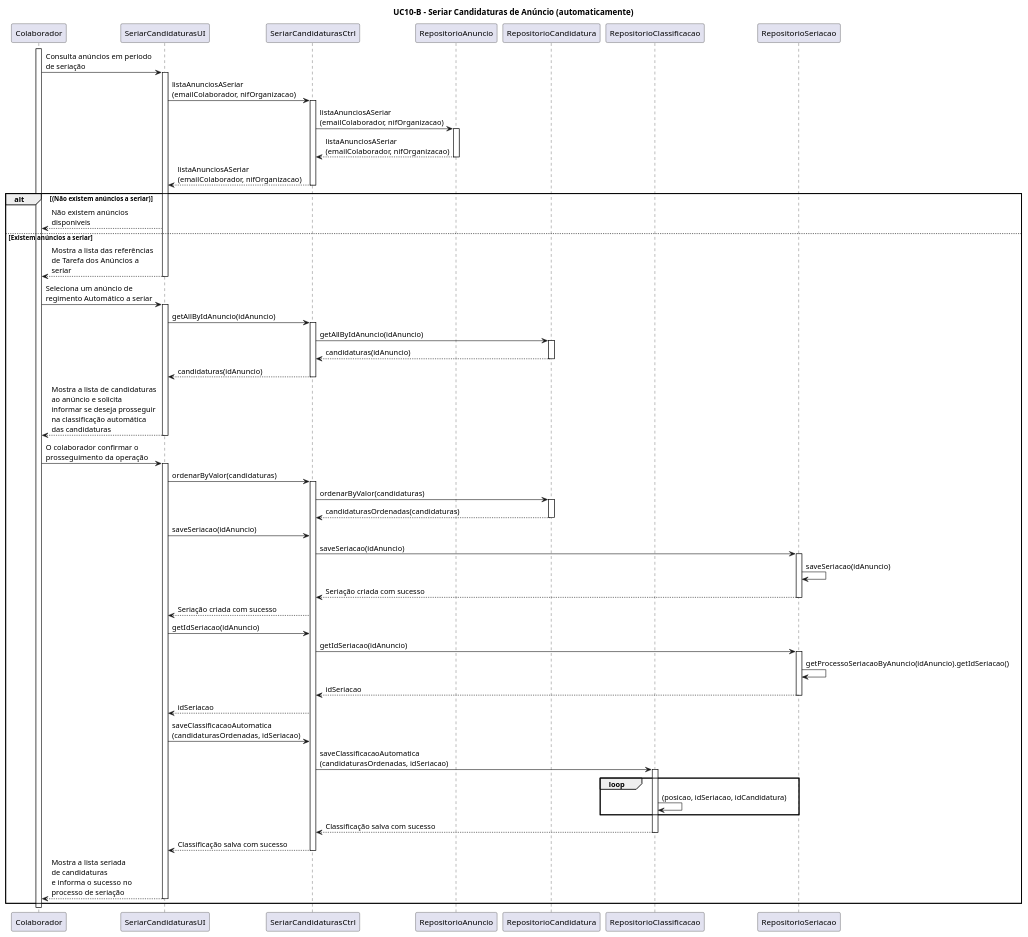
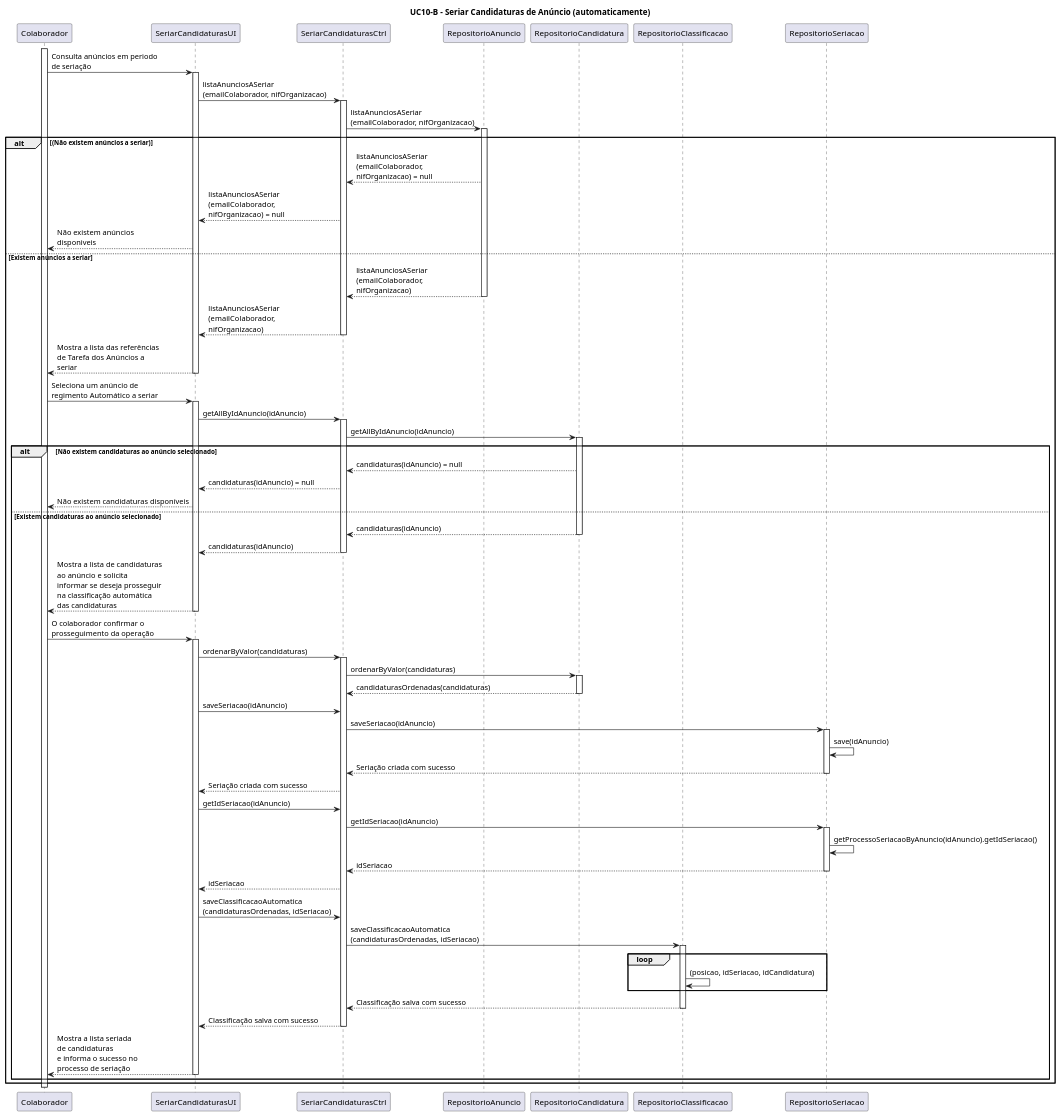
One commit to blestonbandeiraUPSKILL/upskill_java1_labprg_grupo2 changed the diagram in Documentação/Sprint 3/UC10_B_Seriar_Candidaturas_(automaticamente)/UC10_B_Seriar_Candidaturas_(automaticamente)_Diagrama_Sequencia.puml. Above: the diagram before and after it, drawn with PlantUML. The commit also changed 4 other files, not shown here.

```diff
--- a/Documentação/Sprint 3/UC10_B_Seriar_Candidaturas_(automaticamente)/UC10_B_Seriar_Candidaturas_(automaticamente)_Diagrama_Sequencia.puml
+++ b/Documentação/Sprint 3/UC10_B_Seriar_Candidaturas_(automaticamente)/UC10_B_Seriar_Candidaturas_(automaticamente)_Diagrama_Sequencia.puml
@@ -1,82 +1,93 @@
 @startuml
 
 title UC10-B - Seriar Candidaturas de Anúncio (automaticamente)
 
 participant Colaborador
 participant SeriarCandidaturasUI
 participant SeriarCandidaturasCtrl
 participant RepositorioAnuncio
 participant RepositorioCandidatura
 participant RepositorioClassificacao
 participant RepositorioSeriacao
 
 
 activate Colaborador
 Colaborador -> SeriarCandidaturasUI: Consulta anúncios em periodo \nde seriação
 activate SeriarCandidaturasUI
 SeriarCandidaturasUI -> SeriarCandidaturasCtrl: listaAnunciosASeriar\n(emailColaborador, nifOrganizacao)
 activate SeriarCandidaturasCtrl
 SeriarCandidaturasCtrl -> RepositorioAnuncio: listaAnunciosASeriar\n(emailColaborador, nifOrganizacao)
 activate RepositorioAnuncio
-RepositorioAnuncio --> SeriarCandidaturasCtrl: listaAnunciosASeriar\n(emailColaborador, nifOrganizacao)
-deactivate RepositorioAnuncio
-SeriarCandidaturasCtrl --> SeriarCandidaturasUI: listaAnunciosASeriar\n(emailColaborador, nifOrganizacao)
-deactivate SeriarCandidaturasCtrl
+
 alt (Não existem anúncios a seriar)
+RepositorioAnuncio --> SeriarCandidaturasCtrl: listaAnunciosASeriar\n(emailColaborador, \nnifOrganizacao) = null
+SeriarCandidaturasCtrl --> SeriarCandidaturasUI: listaAnunciosASeriar\n(emailColaborador, \nnifOrganizacao) = null
 SeriarCandidaturasUI --> Colaborador: Não existem anúncios \ndisponiveis
 
 else Existem anúncios a seriar 
+RepositorioAnuncio --> SeriarCandidaturasCtrl: listaAnunciosASeriar\n(emailColaborador, \nnifOrganizacao) 
+deactivate RepositorioAnuncio
+SeriarCandidaturasCtrl --> SeriarCandidaturasUI: listaAnunciosASeriar\n(emailColaborador, \nnifOrganizacao)
+deactivate SeriarCandidaturasCtrl
 SeriarCandidaturasUI --> Colaborador: Mostra a lista das referências \nde Tarefa dos Anúncios a \nseriar 
 deactivate SeriarCandidaturasUI
 
 
 Colaborador -> SeriarCandidaturasUI: Seleciona um anúncio de \nregimento Automático a seriar 
 activate SeriarCandidaturasUI
 SeriarCandidaturasUI -> SeriarCandidaturasCtrl: getAllByIdAnuncio(idAnuncio)
 activate SeriarCandidaturasCtrl
 SeriarCandidaturasCtrl -> RepositorioCandidatura: getAllByIdAnuncio(idAnuncio)
 activate RepositorioCandidatura
+
+alt  Não existem candidaturas ao anúncio selecionado
+RepositorioCandidatura --> SeriarCandidaturasCtrl: candidaturas(idAnuncio) = null
+SeriarCandidaturasCtrl --> SeriarCandidaturasUI: candidaturas(idAnuncio) = null
+SeriarCandidaturasUI --> Colaborador: Não existem candidaturas disponíveis
+
+else Existem candidaturas ao anúncio selecionado
 RepositorioCandidatura --> SeriarCandidaturasCtrl: candidaturas(idAnuncio)
 deactivate RepositorioCandidatura
 SeriarCandidaturasCtrl --> SeriarCandidaturasUI: candidaturas(idAnuncio)
 deactivate SeriarCandidaturasCtrl
 SeriarCandidaturasUI --> Colaborador: Mostra a lista de candidaturas \nao anúncio e solicita \ninformar se deseja prosseguir \nna classificação automática \ndas candidaturas
 deactivate SeriarCandidaturasUI
 
 Colaborador -> SeriarCandidaturasUI: O colaborador confirmar o \nprosseguimento da operação
 activate SeriarCandidaturasUI
 SeriarCandidaturasUI -> SeriarCandidaturasCtrl: ordenarByValor(candidaturas)
 activate SeriarCandidaturasCtrl
 SeriarCandidaturasCtrl -> RepositorioCandidatura: ordenarByValor(candidaturas)
 activate RepositorioCandidatura
 RepositorioCandidatura --> SeriarCandidaturasCtrl: candidaturasOrdenadas(candidaturas)
 deactivate RepositorioCandidatura
 SeriarCandidaturasUI -> SeriarCandidaturasCtrl: saveSeriacao(idAnuncio)
 SeriarCandidaturasCtrl -> RepositorioSeriacao : saveSeriacao(idAnuncio)
 activate RepositorioSeriacao
-RepositorioSeriacao -> RepositorioSeriacao: saveSeriacao(idAnuncio)
+RepositorioSeriacao -> RepositorioSeriacao: save(idAnuncio)
 RepositorioSeriacao --> SeriarCandidaturasCtrl: Seriação criada com sucesso
 deactivate RepositorioSeriacao
 SeriarCandidaturasCtrl --> SeriarCandidaturasUI: Seriação criada com sucesso
 SeriarCandidaturasUI -> SeriarCandidaturasCtrl: getIdSeriacao(idAnuncio)
 SeriarCandidaturasCtrl -> RepositorioSeriacao: getIdSeriacao(idAnuncio)
 activate RepositorioSeriacao
 RepositorioSeriacao -> RepositorioSeriacao: getProcessoSeriacaoByAnuncio(idAnuncio).getIdSeriacao()
 RepositorioSeriacao --> SeriarCandidaturasCtrl: idSeriacao
 deactivate RepositorioSeriacao
 SeriarCandidaturasCtrl --> SeriarCandidaturasUI: idSeriacao
 SeriarCandidaturasUI -> SeriarCandidaturasCtrl: saveClassificacaoAutomatica\n(candidaturasOrdenadas, idSeriacao)
 SeriarCandidaturasCtrl -> RepositorioClassificacao: saveClassificacaoAutomatica\n(candidaturasOrdenadas, idSeriacao)
 activate RepositorioClassificacao
 loop
 RepositorioClassificacao -> RepositorioClassificacao: (posicao, idSeriacao, idCandidatura)
 end loop
 RepositorioClassificacao --> SeriarCandidaturasCtrl: Classificação salva com sucesso
 deactivate RepositorioClassificacao
 SeriarCandidaturasCtrl --> SeriarCandidaturasUI: Classificação salva com sucesso
 deactivate SeriarCandidaturasCtrl
 SeriarCandidaturasUI --> Colaborador: Mostra a lista seriada \nde candidaturas \ne informa o sucesso no \nprocesso de seriação
 deactivate SeriarCandidaturasUI
+end alt 
 end alt
 deactivate Colaborador
 @enduml
```
